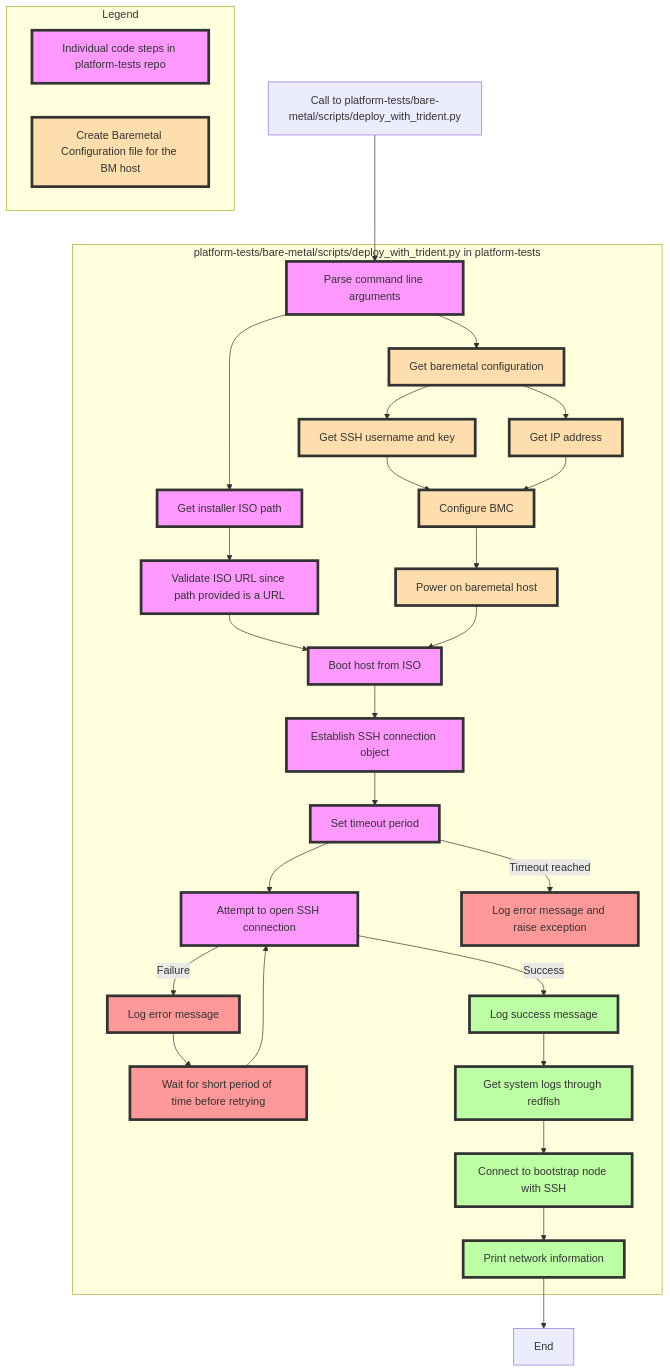
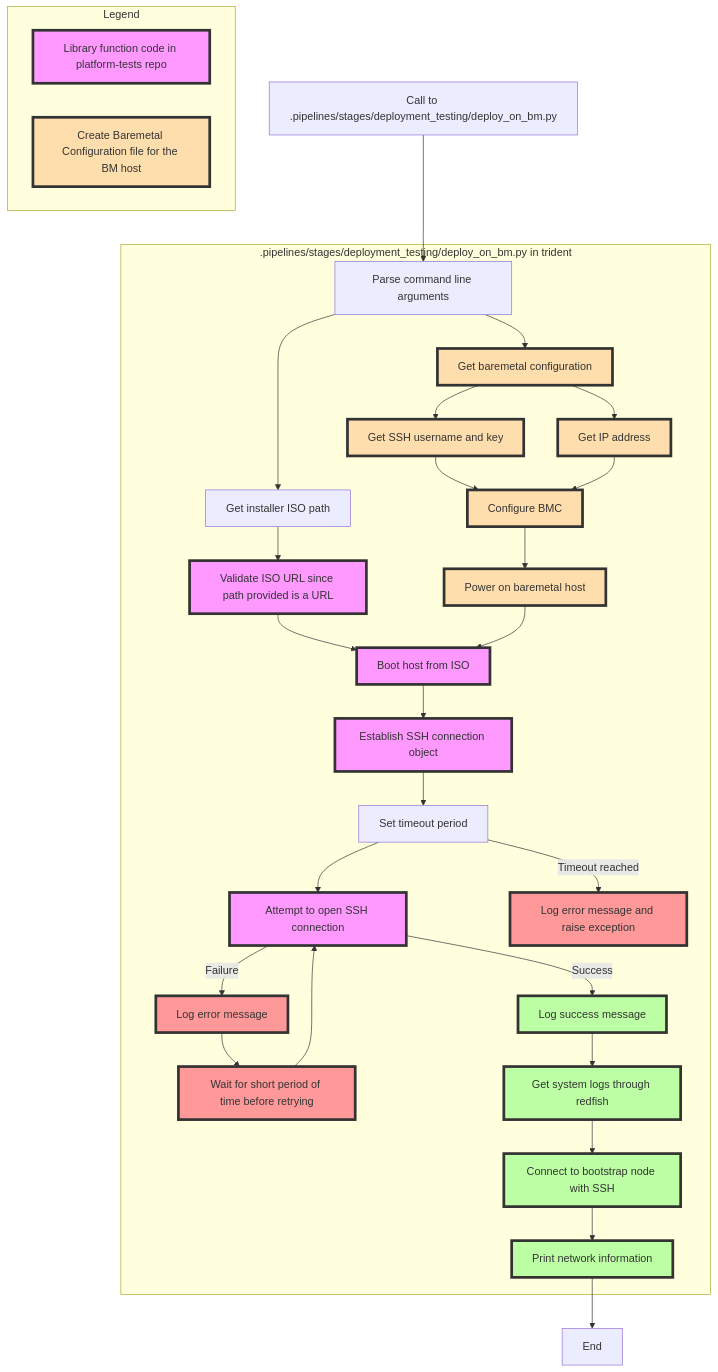
The diagram in dev-docs/diagrams/boot-baremetal-lab-machine.mmd (microsoft/trident), drawn with Mermaid before and after one commit. The commit also changed 13 other files, not shown here.

```diff
--- a/dev-docs/diagrams/boot-baremetal-lab-machine.mmd
+++ b/dev-docs/diagrams/boot-baremetal-lab-machine.mmd
@@ -1,41 +1,41 @@
 graph TD;
     classDef Red fill:#FF9999,stroke:#333,stroke-width:4px;
     classDef Amber fill:#FFDEAD,stroke:#333,stroke-width:4px;
     classDef Green fill:#BDFFA4,stroke:#333,stroke-width:4px;
     classDef Purple fill:#f9f,stroke:#333,stroke-width:4px;
-    A[Call to platform-tests/bare-metal/scripts/deploy_with_trident.py] --> B[Parse command line arguments];
-    subgraph platform-tests/bare-metal/scripts/deploy_with_trident.py in platform-tests
+    A[Call to .pipelines/stages/deployment_testing/deploy_on_bm.py] --> B[Parse command line arguments];
+    subgraph .pipelines/stages/deployment_testing/deploy_on_bm.py in trident
         B --> C[Get baremetal configuration];
         C --> D[Get SSH username and key];
         C --> E[Get network information];
         D[Get SSH username and key] --> F[Configure BMC];
         E[Get IP address] --> F;
         B --> G[Get installer ISO path];
         G --> I[Validate ISO URL since path provided is a URL];
         F --> J[Power on baremetal host];
         I --> K[Boot host from ISO];
         J --> K[Boot host from ISO];
         K --> L0[Establish SSH connection object];
         L0 --> L1[Set timeout period];
         L1 --> L2[Attempt to open SSH connection];
         L2 -->|Success| L3[Log success message];
         L2 -->|Failure| L4[Log error message];
         L4 --> L5[Wait for short period of time before retrying];
         L5 --> L2;
         L1 -->|Timeout reached| L6[Log error message and raise exception];
         L3 --> M[Get system logs through redfish];
         M --> N[Connect to bootstrap node with SSH];
         N --> O[Print network information];
         class C,D,E,F,J Amber;
         class L4,L5,L6 Red;
         class L3,M,N,O Green;
-        class B,G,I,K,L0,L1,L2 Purple;
+        class I,K,L0,L2 Purple;
     end
     O --> P[End];
 subgraph Legend
     direction LR
-    LE1[Individual code steps in platform-tests repo]
+    LE1[Library function code in platform-tests repo]
     LE2[Create Baremetal Configuration file for the BM host]
     class LE1 Purple;
     class LE2 Amber;
 end
```
